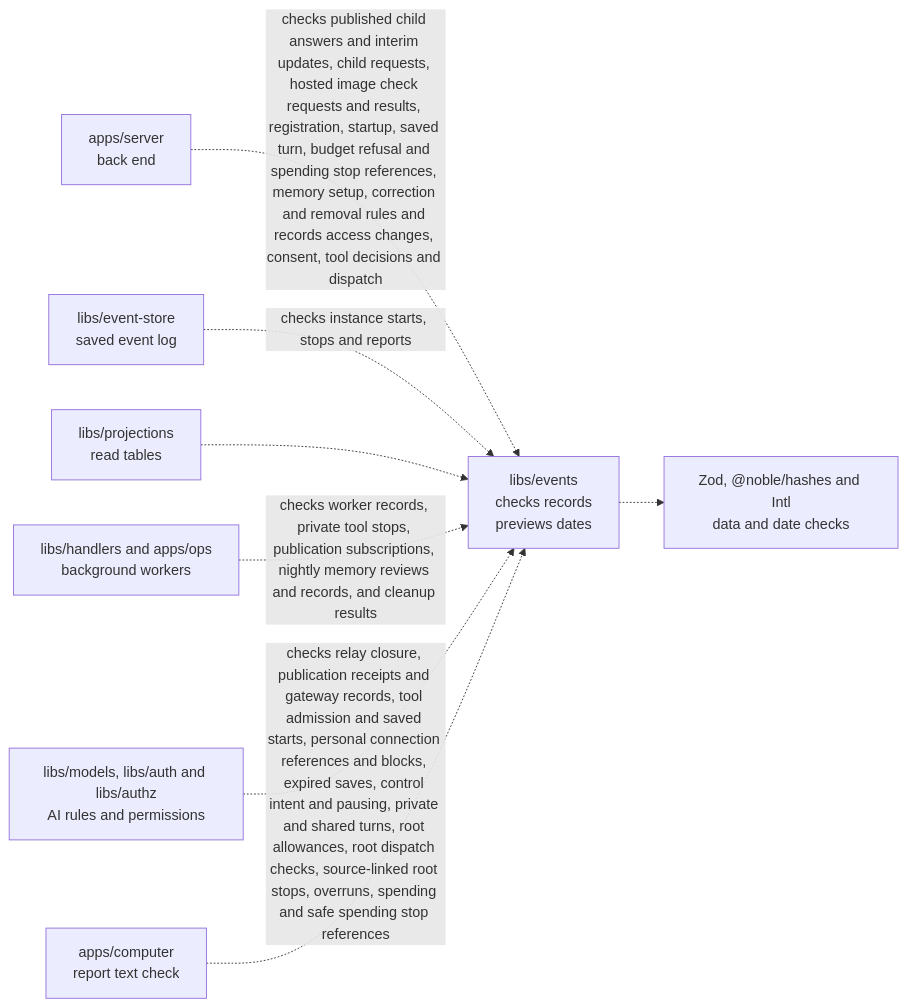
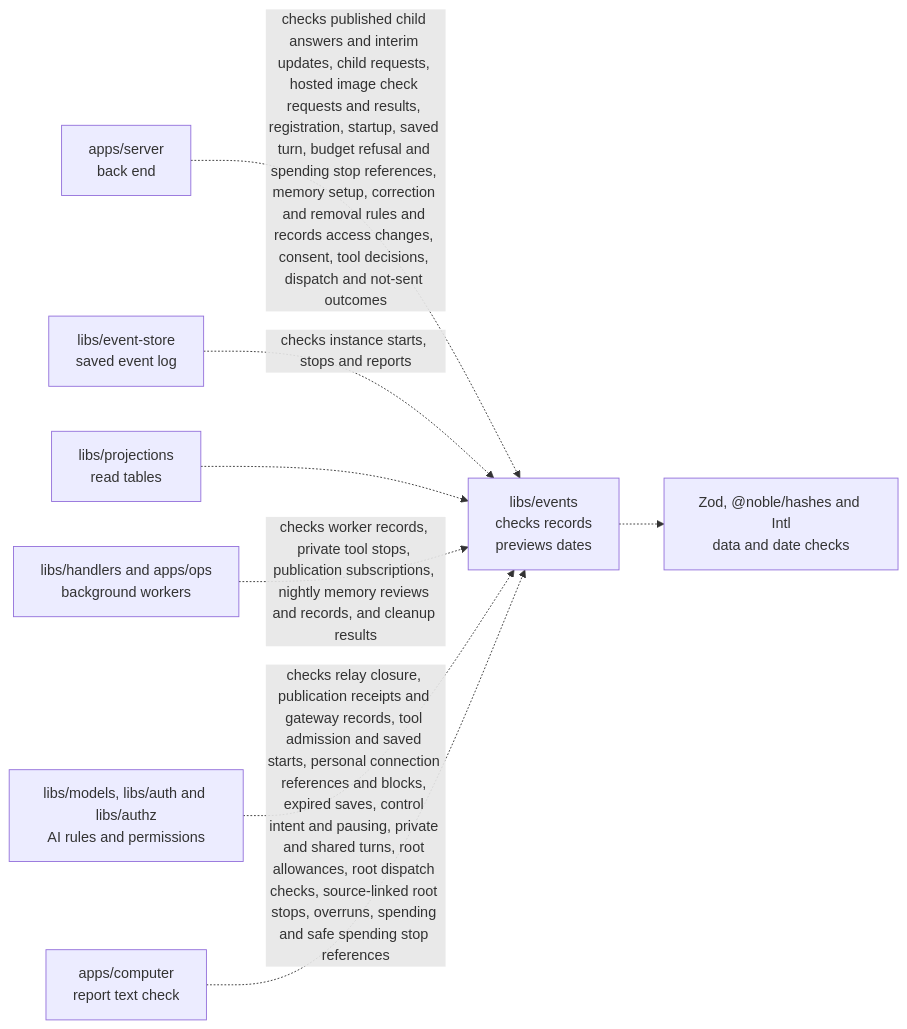
The diagram in libs/events/README.md (elewa-git/opencrane-new), drawn with Mermaid before and after one commit. The commit also changed other lines of this file and 13 other files, not shown here.

````diff
--- a/libs/events/README.md
+++ b/libs/events/README.md
@@ -27,10 +27,10 @@
 ```mermaid
 flowchart LR
-  server["apps/server<br/>back end"] -.->|checks published child answers and interim updates, child requests, hosted image check requests and results, registration, startup, saved turn, budget refusal and spending stop references, memory setup, correction and removal rules and records access changes, consent, tool decisions and dispatch| events["libs/events<br/>checks records<br/>previews dates"]
+  server["apps/server<br/>back end"] -.->|checks published child answers and interim updates, child requests, hosted image check requests and results, registration, startup, saved turn, budget refusal and spending stop references, memory setup, correction and removal rules and records access changes, consent, tool decisions, dispatch and not-sent outcomes| events["libs/events<br/>checks records<br/>previews dates"]
   store["libs/event-store<br/>saved event log"] -.->|checks instance starts, stops and reports| events
   projections["libs/projections<br/>read tables"] -.-> events
   workers["libs/handlers and apps/ops<br/>background workers"] -.->|checks worker records, private tool stops, publication subscriptions, nightly memory reviews and records, and cleanup results| events
   others["libs/models, libs/auth and libs/authz<br/>AI rules and permissions"] -.->|checks relay closure, publication receipts and gateway records, tool admission and saved starts, personal connection references and blocks, expired saves, control intent and pausing, private and shared turns, root allowances, root dispatch checks, source-linked root stops, overruns, spending and safe spending stop references| events
   computer["apps/computer<br/>report text check"] -.-> events
   events -.-> checks["Zod, @noble/hashes and Intl<br/>data and date checks"]
 ```
````
